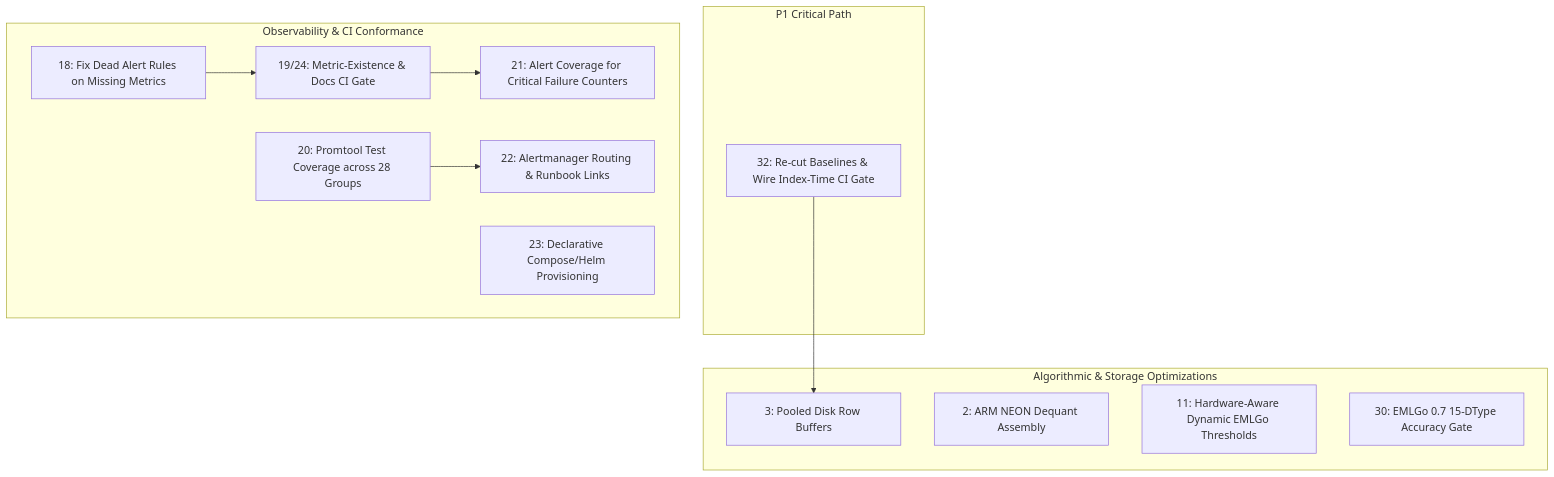
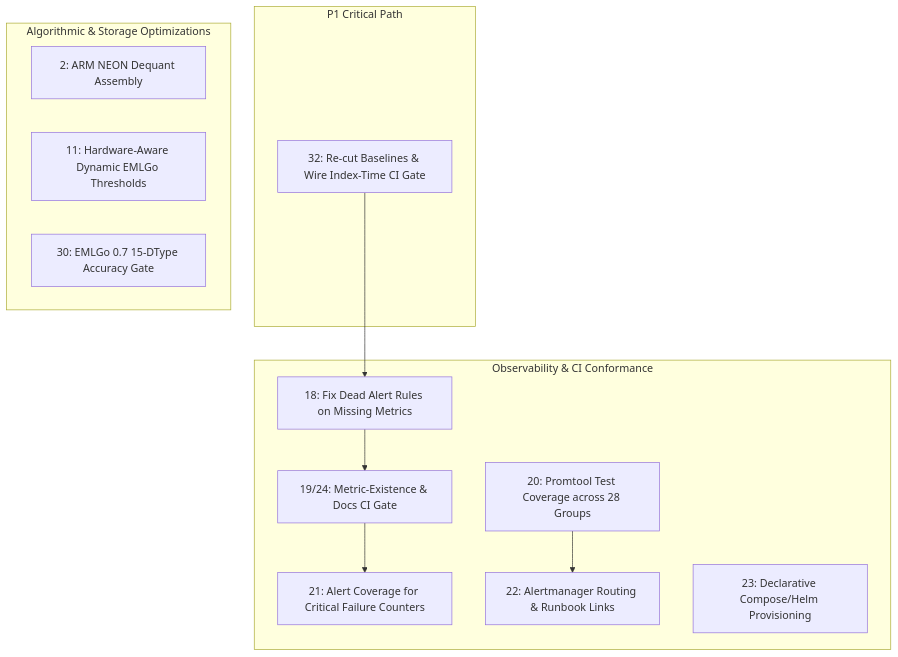
Before and after one commit to 23skdu/longbow: the diagram in docs/roadmap.md, drawn with Mermaid. The commit also changed other lines of this file, not shown here.

Commit message:
docs(roadmap): update changelog with Item 3 completion

````diff
--- a/docs/roadmap.md
+++ b/docs/roadmap.md
@@ -15,25 +15,24 @@
 ```mermaid
 graph TD
     subgraph P1["P1 Critical Path"]
         I32["32: Re-cut Baselines & Wire Index-Time CI Gate"]
     end
     subgraph P2["Algorithmic & Storage Optimizations"]
-        I3["3: Pooled Disk Row Buffers"]
         I2["2: ARM NEON Dequant Assembly"]
         I11["11: Hardware-Aware Dynamic EMLGo Thresholds"]
         I30["30: EMLGo 0.7 15-DType Accuracy Gate"]
     end
     subgraph P3["Observability & CI Conformance"]
         I18["18: Fix Dead Alert Rules on Missing Metrics"]
         I19["19/24: Metric-Existence & Docs CI Gate"]
         I21["21: Alert Coverage for Critical Failure Counters"]
         I20["20: Promtool Test Coverage across 28 Groups"]
         I22["22: Alertmanager Routing & Runbook Links"]
         I23["23: Declarative Compose/Helm Provisioning"]
     end
 
-    I32 --> I3
+    I32 --> I18
     I18 --> I19
     I19 --> I21
     I20 --> I22
 ```
````
